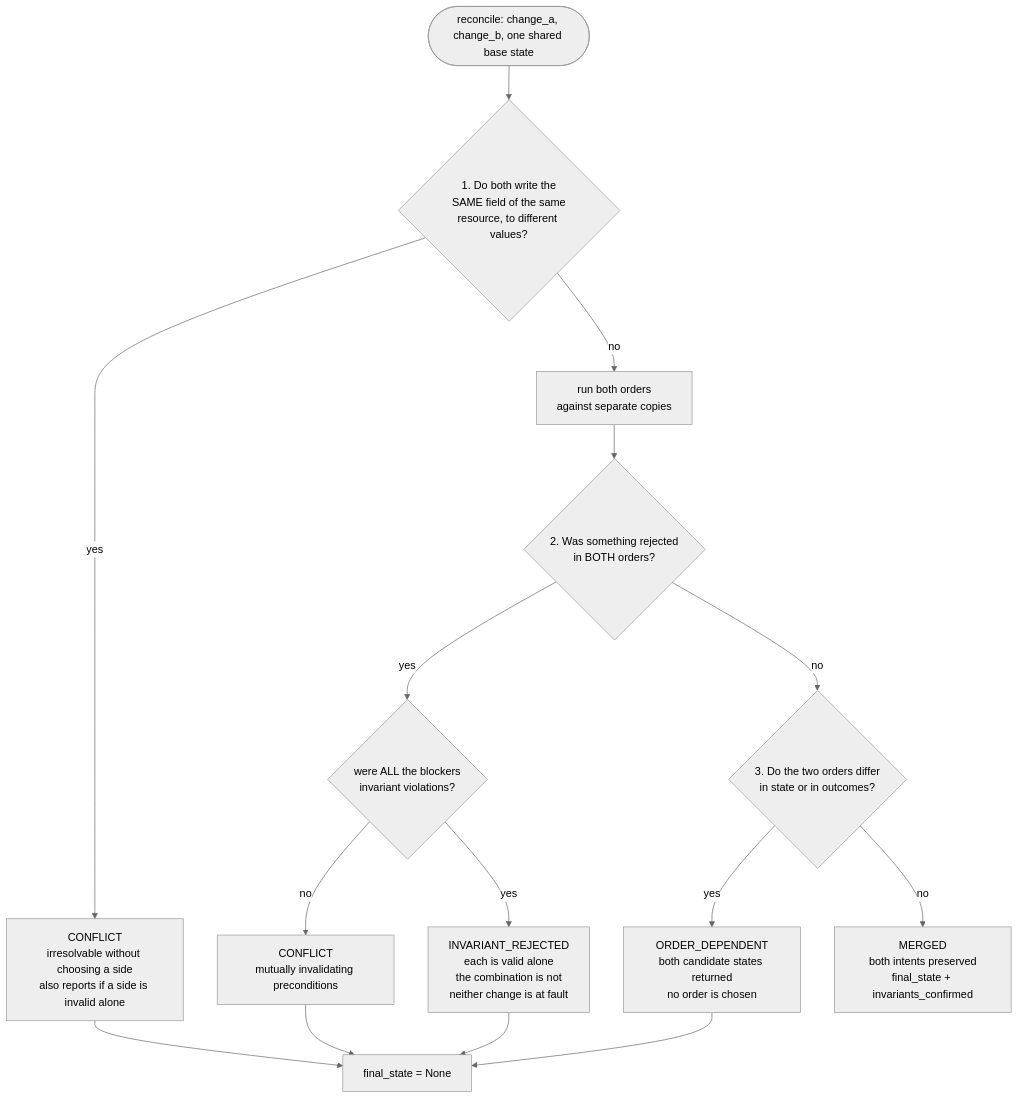
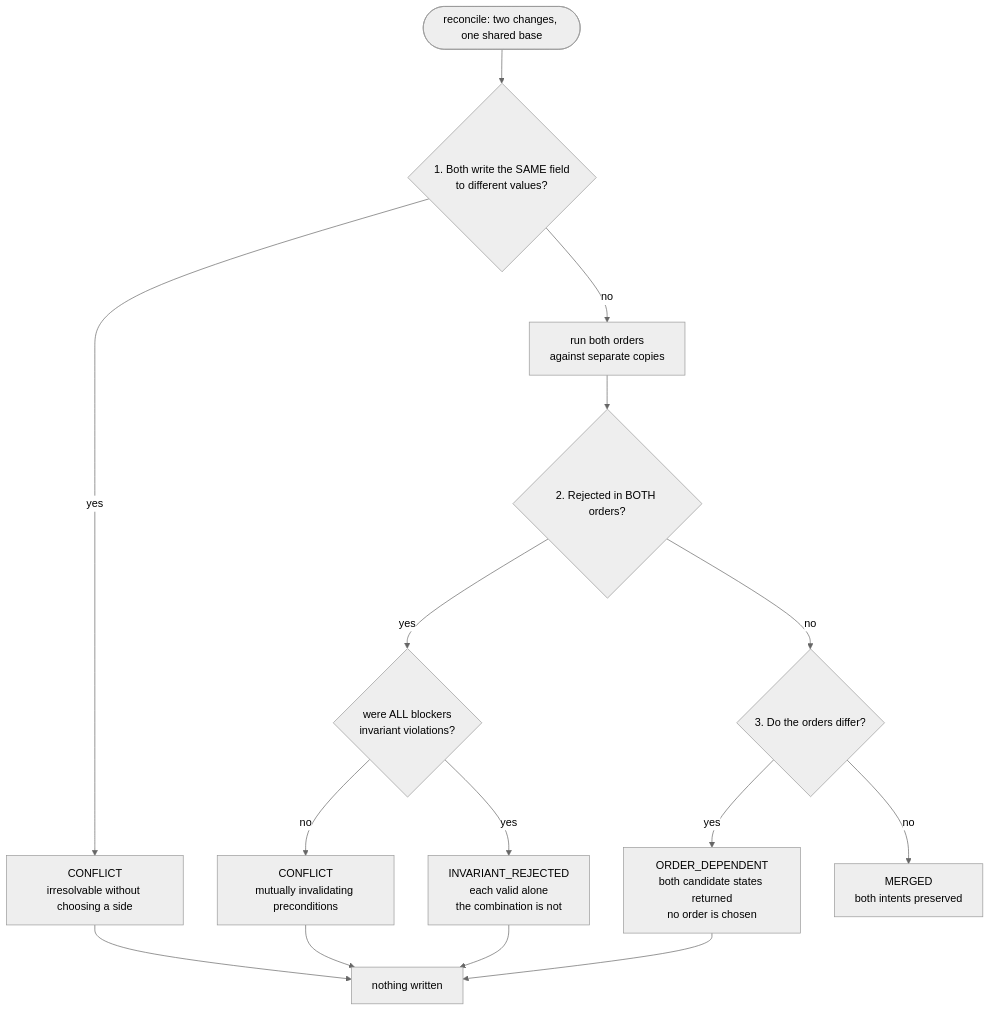
Before and after one commit to Atith-C/ApplyMerge---Concurrent-Infrastructure-Apply-Reconciliation: the fifth of 5 diagrams in README.md, drawn with Mermaid (neutral theme). The commit also changed other lines of this file and 1 other file, not shown here.

````diff
--- a/README.md
+++ b/README.md
@@ -160,18 +186,18 @@
 ```mermaid
 flowchart TD
-    START(["reconcile: change_a, change_b, one shared base state"]) --> C1{"1. Do both write the<br/>SAME field of the same<br/>resource, to different values?"}
-    C1 -->|yes| CONF["CONFLICT<br/>irresolvable without choosing a side<br/>also reports if a side is invalid alone"]
+    START(["reconcile: two changes, one shared base"]) --> C1{"1. Both write the SAME field<br/>to different values?"}
+    C1 -->|yes| CONF["CONFLICT<br/>irresolvable without choosing a side"]
     C1 -->|no| RUN["run both orders<br/>against separate copies"]
-    RUN --> C2{"2. Was something rejected<br/>in BOTH orders?"}
-    C2 -->|yes| C3{"were ALL the blockers<br/>invariant violations?"}
-    C3 -->|yes| IREJ["INVARIANT_REJECTED<br/>each is valid alone<br/>the combination is not<br/>neither change is at fault"]
+    RUN --> C2{"2. Rejected in BOTH orders?"}
+    C2 -->|yes| C3{"were ALL blockers<br/>invariant violations?"}
+    C3 -->|yes| IREJ["INVARIANT_REJECTED<br/>each valid alone<br/>the combination is not"]
     C3 -->|no| CONF2["CONFLICT<br/>mutually invalidating preconditions"]
-    C2 -->|no| C4{"3. Do the two orders differ<br/>in state or in outcomes?"}
+    C2 -->|no| C4{"3. Do the orders differ?"}
     C4 -->|yes| ORD["ORDER_DEPENDENT<br/>both candidate states returned<br/>no order is chosen"]
-    C4 -->|no| MERG["MERGED<br/>both intents preserved<br/>final_state + invariants_confirmed"]
+    C4 -->|no| MERG["MERGED<br/>both intents preserved"]
 
-    CONF --> NONE["final_state = None"]
+    CONF --> NONE["nothing written"]
     CONF2 --> NONE
     IREJ --> NONE
     ORD --> NONE
 ```
````
